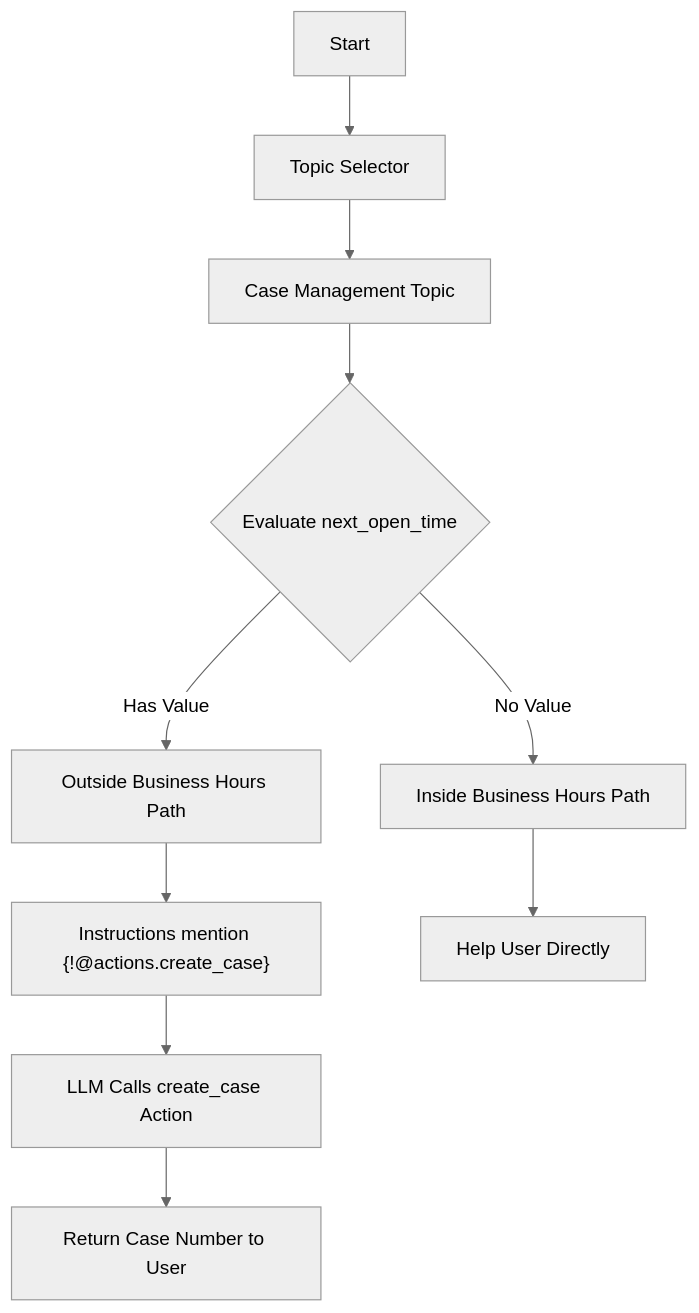
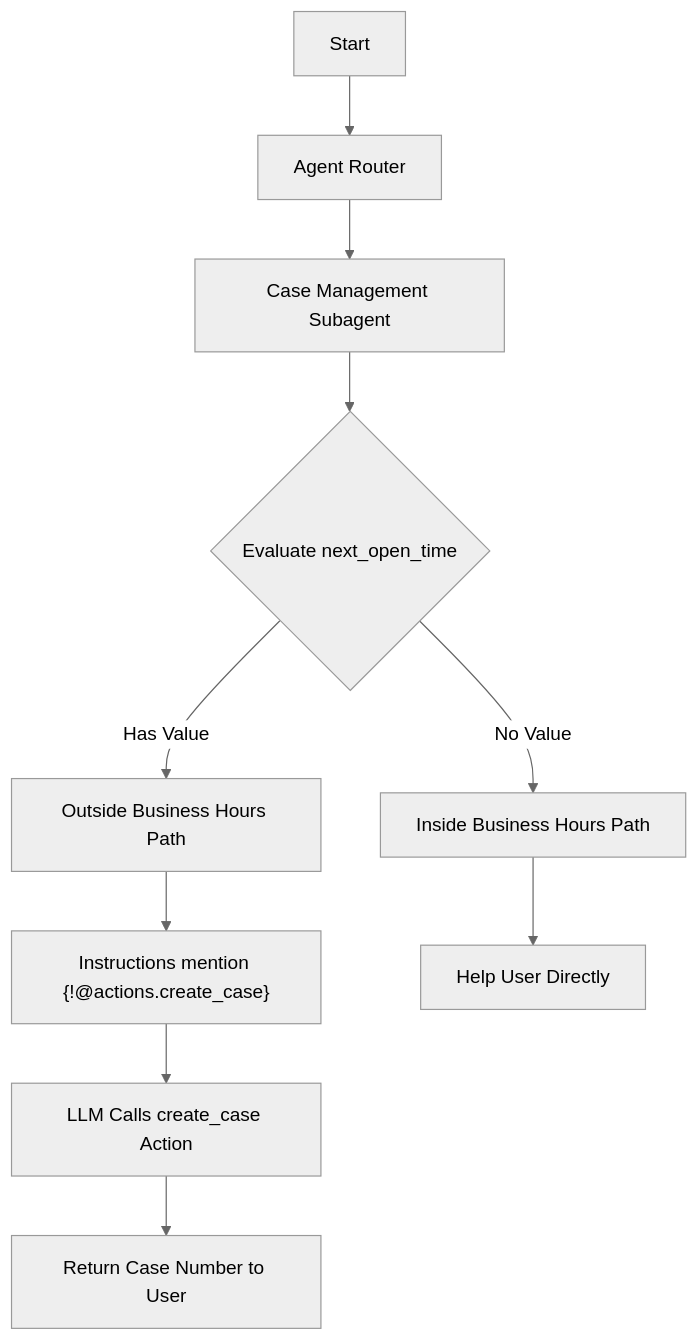
Before and after one commit to trailheadapps/agent-script-recipes: the diagram in force-app/main/02_actionConfiguration/instructionActionReferences/README.md, drawn with Mermaid. The commit also changed 108 other files, not shown here.

````diff
--- a/force-app/main/02_actionConfiguration/instructionActionReferences/README.md
+++ b/force-app/main/02_actionConfiguration/instructionActionReferences/README.md
@@ -9,13 +9,13 @@
 ```mermaid
 %%{init: {'theme':'neutral'}}%%
 graph TD
-    A[Start] --> B[Topic Selector]
-    B --> C[Case Management Topic]
+    A[Start] --> B[Agent Router]
+    B --> C[Case Management Subagent]
     C --> D{Evaluate next_open_time}
     D -->|Has Value| E[Outside Business Hours Path]
     E --> F["Instructions mention {!@actions.create_case}"]
     F --> G[LLM Calls create_case Action]
     G --> H[Return Case Number to User]
     D -->|No Value| I[Inside Business Hours Path]
     I --> J[Help User Directly]
 ```
````
